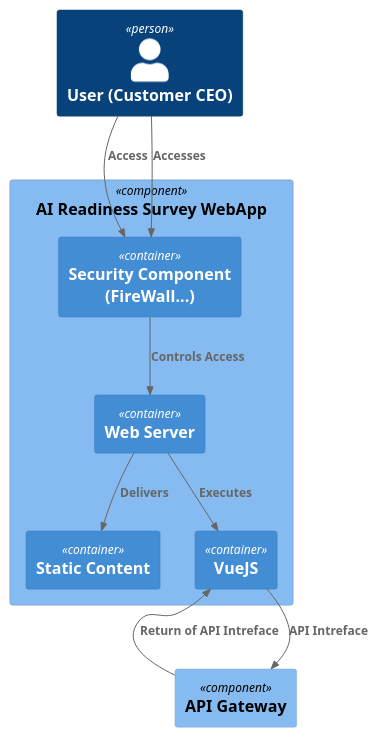
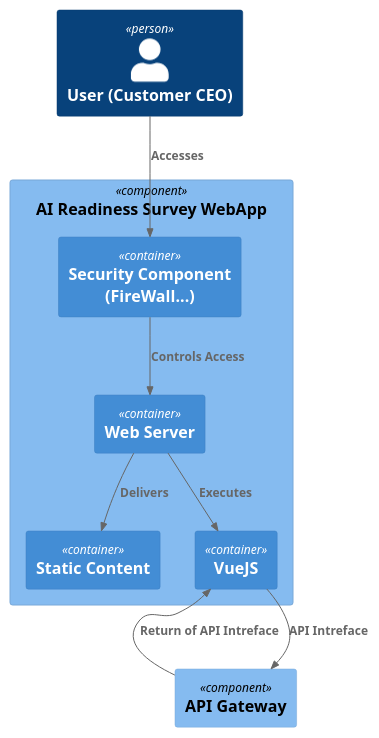
One commit to brunasti/icepanel-tools changed the diagram in examples/ai/icePanel-C4-3-AI_Readiness_Survey_WebApp.puml. Above: the diagram before and after it, drawn with PlantUML. The commit also changed 10 other files, not shown here.

```diff
--- a/examples/ai/icePanel-C4-3-AI_Readiness_Survey_WebApp.puml
+++ b/examples/ai/icePanel-C4-3-AI_Readiness_Survey_WebApp.puml
@@ -1,102 +1,92 @@
 @startuml
 'https://plantuml.com/class-diagram
 ' CONVERT ICEPANEL DIAGRAM ===========
 ' Converter          : it.brunasti.icepanel.tools.IcePanelToPlantUmlConverter
 ' IcePanel JSON File : [./examples/ai/ARS-AI_Readiness_Survey.json]
 ' Configuration      : [./examples/ai/config.json]
-' Generated at       : Thu May 02 16:54:35 CEST 2024
+' Generated at       : Thu May 02 18:03:09 CEST 2024
 
 !include https://raw.githubusercontent.com/plantuml-stdlib/C4-PlantUML/master/C4_Context.puml
 !include https://raw.githubusercontent.com/plantuml-stdlib/C4-PlantUML/master/C4_Component.puml
 
 
 
 Component(5hrlGZy5caua0ihnw1fz, "AI Readiness Survey WebApp", "") { 
     ' CLASSES =======
     Container(VK9ZFiCYByBvFGzQxBpq, "Static Content", "", "")
     Container(SuPXys2m8MHNajNDAovG, "Security Component (FireWall...)", "", "")
     Container(x6BTWIQ3rThpdBgHOSRZ, "VueJS", "", "")
     Container(V9vsEFD13t044w0g9kcU, "Web Server", "", "")
 }
 
 
 ' NEIGHBOR CLASSES =======
 Person(3zCEc0A8nh1jzwekwJ9e, "User (Customer CEO)", "")
 Component(mCLYSixzXMXK6M59oIYW, "API Gateway", "")
 
 
 ' SUB DIAGRAM CONNECTIONS ======= Base : [5hrlGZy5caua0ihnw1fz]
 ' CONNECTION : [Stores and reads] [d0yXDxJmyhA9EL5YiepF] [tlobGJ03gGg0eTGJjeCt] [bidirectional]
 ' CONNECTION : [Responds] [ccRXgtE4SCPOsJ86Bucd] [tkH0Nyiet0J81k3G0P0b] [outgoing]
 ' CONNECTION : [Utilises] [d0yXDxJmyhA9EL5YiepF] [VfVOeO3QyBIGXrvCOwIi] [outgoing]
 ' CONNECTION : [Uses] [bJilmQwJf6L105KZVIqf] [LS52GSxTaF82aLsMAGUJ] [outgoing]
 ' CONNECTION : [Composes] [tkH0Nyiet0J81k3G0P0b] [7eu55kM96LjjrzxMB2kO] [outgoing]
 ' CONNECTION : [Extracts] [tlobGJ03gGg0eTGJjeCt] [Zas67UmkOs1zk4BhDirK] [outgoing]
 ' CONNECTION : [Accesses] [d0yXDxJmyhA9EL5YiepF] [5eGbhrgZL6CVjXVxG9EB] [outgoing]
-' CONNECTION : [Mantain] [3aSu0mcX7m60VrLzm7L6] [aoPaRfmaQuiM5hH5QhmS] [outgoing]
+' CONNECTION : [Maintain] [aoPaRfmaQuiM5hH5QhmS] [3aSu0mcX7m60VrLzm7L6] [outgoing]
 ' CONNECTION : [User Survey Result] [4S6STeueefjDuU4xPjRW] [bJilmQwJf6L105KZVIqf] [outgoing]
 ' CONNECTION : [Compiles] [K4wE6hv7lp6PXCIzvmzi] [7eu55kM96LjjrzxMB2kO] [outgoing]
 ' CONNECTION : [Controls Access] [SuPXys2m8MHNajNDAovG] [V9vsEFD13t044w0g9kcU] [outgoing]
 ' Internal of (5hrlGZy5caua0ihnw1fz) (5hrlGZy5caua0ihnw1fz)
-' but at least one first level
 ' both
 Rel(SuPXys2m8MHNajNDAovG, V9vsEFD13t044w0g9kcU, "Controls Access" )
 ' CONNECTION : [Provides Contents] [6KEeGMtfXzcAtPxRMm95] [5eGbhrgZL6CVjXVxG9EB] [outgoing]
-' CONNECTION : [Access] [3zCEc0A8nh1jzwekwJ9e] [SuPXys2m8MHNajNDAovG] [outgoing]
-' but at least one first level
-' search source ancestor
-' Source ancestor out of the container
-Rel(3zCEc0A8nh1jzwekwJ9e, SuPXys2m8MHNajNDAovG, "Access" )
 ' CONNECTION : [Answered by] [K4wE6hv7lp6PXCIzvmzi] [bJilmQwJf6L105KZVIqf] [outgoing]
 ' CONNECTION : [Corresponds] [ccRXgtE4SCPOsJ86Bucd] [ToaUegZzOkTYIdKge5Qq] [outgoing]
 ' CONNECTION : [Updates] [I3ut2I4Ct9f3UDszgxf1] [iZVcQxlnkbrnOYjJqqv2] [outgoing]
 ' CONNECTION : [Delivers] [V9vsEFD13t044w0g9kcU] [VK9ZFiCYByBvFGzQxBpq] [outgoing]
 ' Internal of (5hrlGZy5caua0ihnw1fz) (5hrlGZy5caua0ihnw1fz)
-' but at least one first level
 ' both
 Rel(V9vsEFD13t044w0g9kcU, VK9ZFiCYByBvFGzQxBpq, "Delivers" )
 ' CONNECTION : [API Intreface] [x6BTWIQ3rThpdBgHOSRZ] [mCLYSixzXMXK6M59oIYW] [bidirectional]
-' but at least one first level
 ' search target ancestor
 ' Target ancestor out of the container
 Rel(x6BTWIQ3rThpdBgHOSRZ, mCLYSixzXMXK6M59oIYW, "API Intreface" )
 Rel(mCLYSixzXMXK6M59oIYW, x6BTWIQ3rThpdBgHOSRZ, "Return of API Intreface" )
 ' CONNECTION : [Implemented by] [fhOu4B6mDXc7nf9z8b9C] [d0yXDxJmyhA9EL5YiepF] [outgoing]
 ' CONNECTION : [Provides I18N Content] [iZVcQxlnkbrnOYjJqqv2] [VfVOeO3QyBIGXrvCOwIi] [outgoing]
 ' CONNECTION : [Set Value for] [XrwLMmIqBRBHFCQBkwLC] [kqoiQoApomG9vCdJgRCS] [outgoing]
 ' CONNECTION : [Setups DB Structure] [aoPaRfmaQuiM5hH5QhmS] [tlobGJ03gGg0eTGJjeCt] [outgoing]
 ' CONNECTION : [Uses] [5hrlGZy5caua0ihnw1fz] [Fyh0CkKDWXU6cSuyq7FS] [outgoing]
 ' CONNECTION : [Refers to User] [XrwLMmIqBRBHFCQBkwLC] [bJilmQwJf6L105KZVIqf] [outgoing]
 ' CONNECTION : [Corresponds to Stage (Derived)] [LsUYohywFy73cbNxkS1m] [ToaUegZzOkTYIdKge5Qq] [outgoing]
 ' CONNECTION : [Commits code] [aoPaRfmaQuiM5hH5QhmS] [Fyh0CkKDWXU6cSuyq7FS] [outgoing]
 ' CONNECTION : [Publish] [mCLYSixzXMXK6M59oIYW] [3aSu0mcX7m60VrLzm7L6] [outgoing]
 ' CONNECTION : [Rappresents] [awiZhehg5tNZRyDuZDr9] [7eu55kM96LjjrzxMB2kO] [outgoing]
 ' CONNECTION : [Uses] [INwNu3tqXQVOUeQ95rmz] [Fyh0CkKDWXU6cSuyq7FS] [outgoing]
 ' CONNECTION : [Translates] [TxZtQCNHfOvU0hauU7me] [LS52GSxTaF82aLsMAGUJ] [outgoing]
 ' CONNECTION : [Dimension] [4S6STeueefjDuU4xPjRW] [awiZhehg5tNZRyDuZDr9] [outgoing]
 ' CONNECTION : [Sends Result] [I9erkX6JvcRx0uM4iieJ] [3zCEc0A8nh1jzwekwJ9e] [outgoing]
 ' CONNECTION : [Exposes Endpoints] [fhOu4B6mDXc7nf9z8b9C] [mCLYSixzXMXK6M59oIYW] [outgoing]
 ' CONNECTION : [Executes] [V9vsEFD13t044w0g9kcU] [x6BTWIQ3rThpdBgHOSRZ] [outgoing]
 ' Internal of (5hrlGZy5caua0ihnw1fz) (5hrlGZy5caua0ihnw1fz)
-' but at least one first level
 ' both
 Rel(V9vsEFD13t044w0g9kcU, x6BTWIQ3rThpdBgHOSRZ, "Executes" )
 ' CONNECTION : [status] [K4wE6hv7lp6PXCIzvmzi] [dOWFs1FDNaWOGsbJJUas] [outgoing]
 ' CONNECTION : [Reads data] [Q4JwBYUNizhrOK6IVNU0] [d0yXDxJmyhA9EL5YiepF] [outgoing]
 ' CONNECTION : [Uses] [SPQI7VF4lQr2xI6LfLFL] [Fyh0CkKDWXU6cSuyq7FS] [outgoing]
 ' CONNECTION : [Is Part Of] [tkH0Nyiet0J81k3G0P0b] [awiZhehg5tNZRyDuZDr9] [outgoing]
 ' CONNECTION : [Uses] [Zas67UmkOs1zk4BhDirK] [Fyh0CkKDWXU6cSuyq7FS] [outgoing]
 ' CONNECTION : [Reads report] [Zas67UmkOs1zk4BhDirK] [KkUEHQQOml7FBUrTDfgF] [outgoing]
 ' CONNECTION : [Refers to] [kqoiQoApomG9vCdJgRCS] [7eu55kM96LjjrzxMB2kO] [bidirectional]
 ' CONNECTION : [User Question Response] [LsUYohywFy73cbNxkS1m] [ccRXgtE4SCPOsJ86Bucd] [outgoing]
-' CONNECTION : [Sotered in] [iZVcQxlnkbrnOYjJqqv2] [tlobGJ03gGg0eTGJjeCt] [outgoing]
+' CONNECTION : [Stored in] [iZVcQxlnkbrnOYjJqqv2] [tlobGJ03gGg0eTGJjeCt] [outgoing]
 ' CONNECTION : [Accesses] [3zCEc0A8nh1jzwekwJ9e] [SuPXys2m8MHNajNDAovG] [outgoing]
-' but at least one first level
 ' search source ancestor
 ' Source ancestor out of the container
 Rel(3zCEc0A8nh1jzwekwJ9e, SuPXys2m8MHNajNDAovG, "Accesses" )
 ' CONNECTION : [Requests sending of email] [Q4JwBYUNizhrOK6IVNU0] [I9erkX6JvcRx0uM4iieJ] [outgoing]
 ' CONNECTION : [Provide Sources] [Fyh0CkKDWXU6cSuyq7FS] [MVsaKWytzsPec5DvAzrJ] [outgoing]
 
 
 @enduml
```
